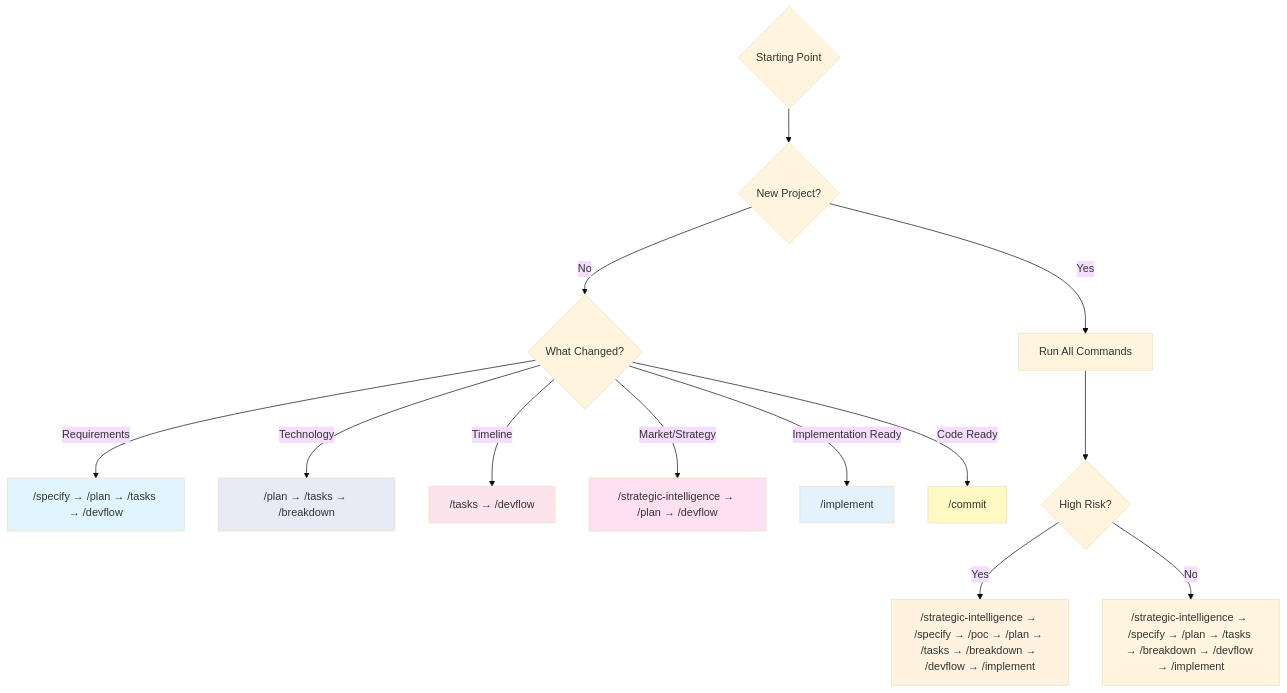
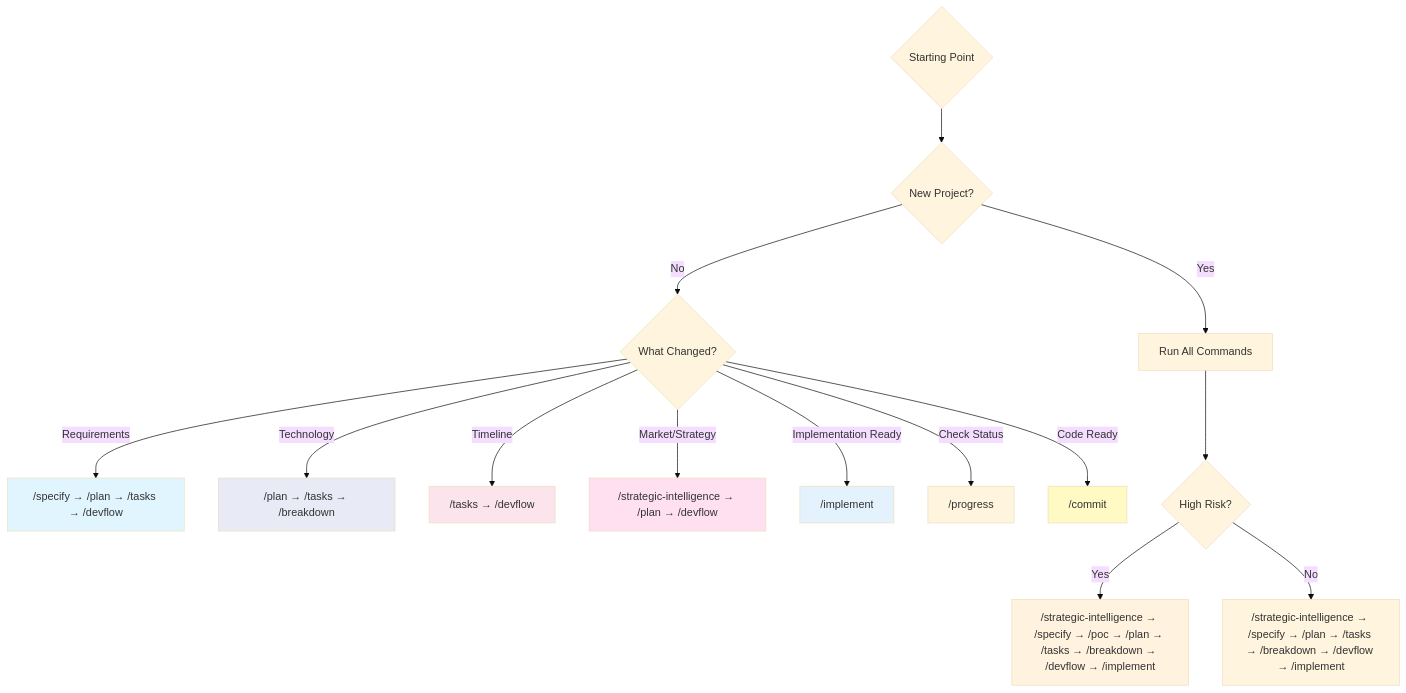
One commit to Mathews-Tom/sage-dev changed the seventh of 23 diagrams in commands/WORKFLOW.md. Above: the diagram before and after it, drawn with Mermaid (base theme). The commit also changed other lines of this file and 1 other file, not shown here.

Commit message:
docs: integrate /progress into workflow and usage. Positions status analysis between /implement and /commit with updated diagrams, sequences, scenarios, and checklists to improve delivery transparency.

````diff
--- a/commands/WORKFLOW.md
+++ b/commands/WORKFLOW.md
@@ -150,25 +154,26 @@
 ```mermaid
 graph TD
     Start{Starting Point} --> NewProject{New Project?}
     NewProject -->|Yes| AllDocs[Run All Commands]
     NewProject -->|No| Update{What Changed?}
 
     Update -->|Requirements| Specify["/specify → /plan → /tasks → /devflow"]
     Update -->|Technology| Plan["/plan → /tasks → /breakdown"]
     Update -->|Timeline| Tasks["/tasks → /devflow"]
     Update -->|Market/Strategy| Assessment["/strategic-intelligence → /plan → /devflow"]
     Update -->|Implementation Ready| Implement["/implement"]
+    Update -->|Check Status| Progress["/progress"]
     Update -->|Code Ready| Commit["/commit"]
 
     AllDocs --> Risk{High Risk?}
     Risk -->|Yes| POCFirst["/strategic-intelligence → /specify → /poc → /plan → /tasks → /breakdown → /devflow → /implement"]
     Risk -->|No| Standard["/strategic-intelligence → /specify → /plan → /tasks → /breakdown → /devflow → /implement"]
 
     style Specify fill:#e1f5fe
     style Plan fill:#e8eaf6
     style Tasks fill:#fce4ec
     style Implement fill:#e3f2fd
     style Commit fill:#fff9c4
     style POCFirst fill:#fff3e0
     style Assessment fill:#ffe0f0
 ```
````
